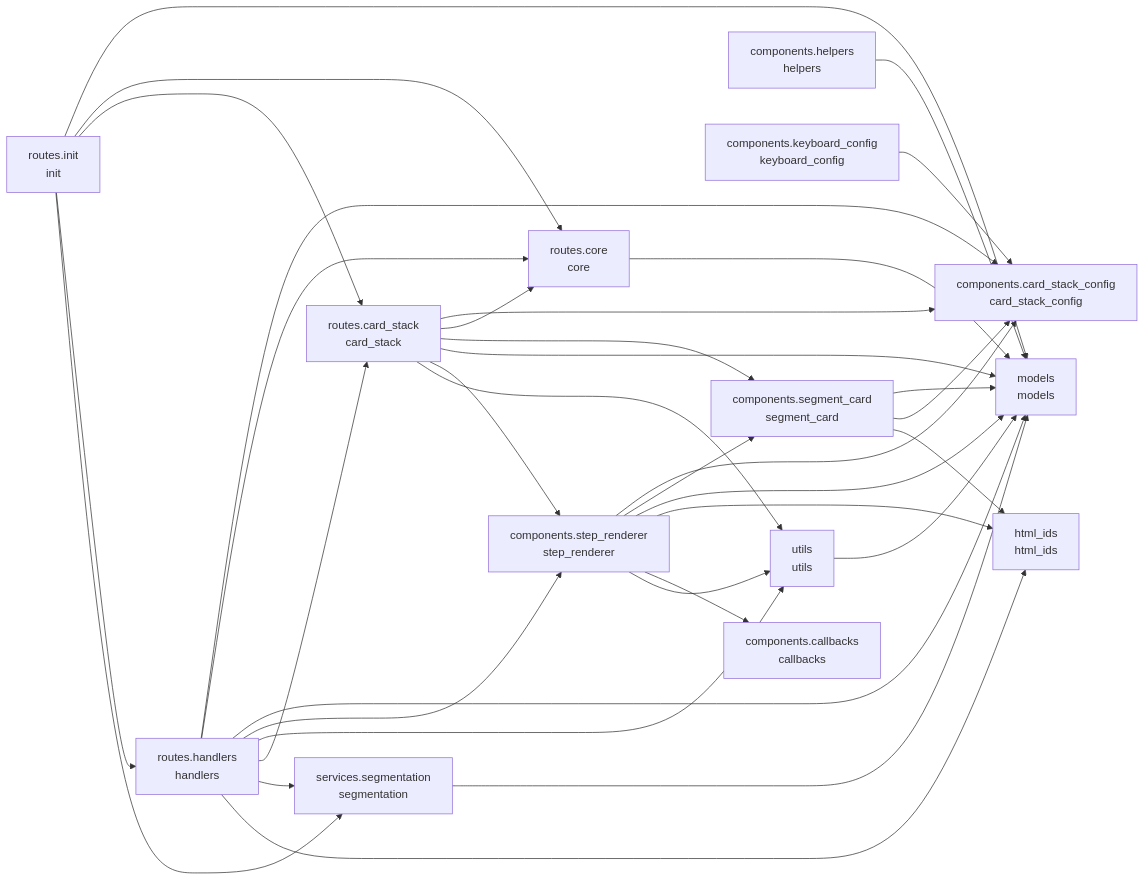
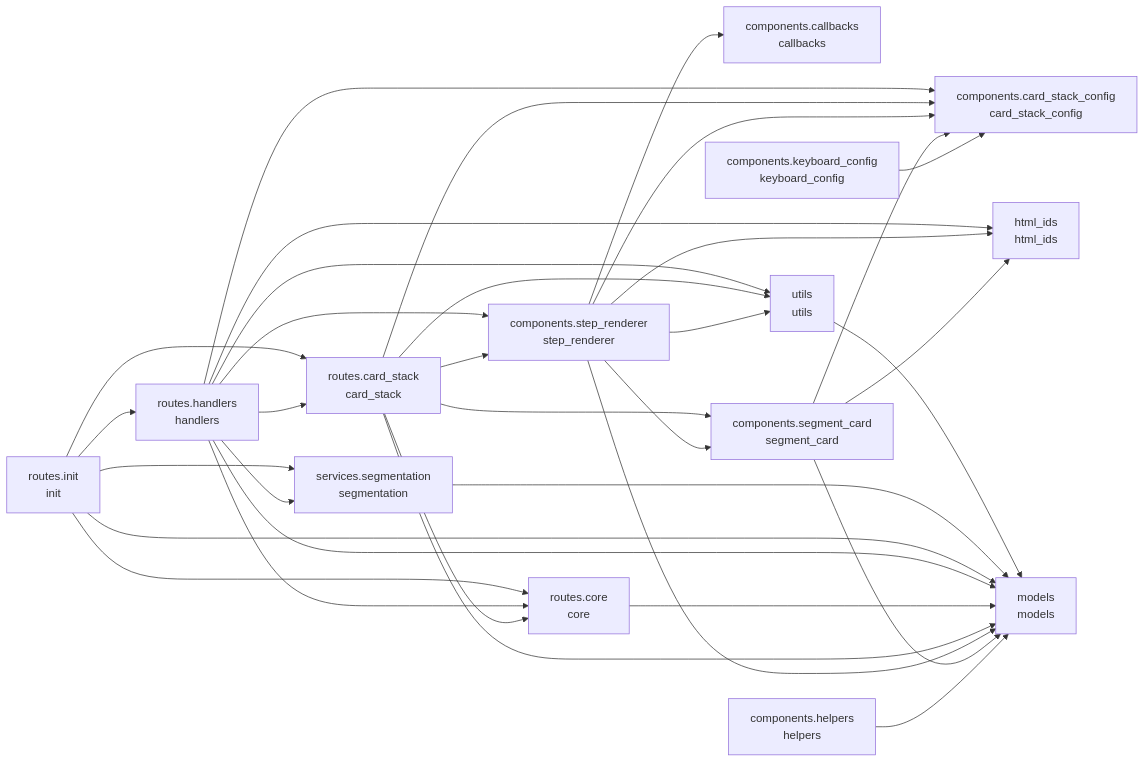
One commit to cj-mills/cjm-transcript-segmentation changed the diagram in README.md. Above: the diagram before and after it, drawn with Mermaid. The commit also changed other lines of this file and 6 other files, not shown here.

````diff
--- a/README.md
+++ b/README.md
@@ -37,51 +37,51 @@
 ``` mermaid
 graph LR
     components_callbacks[components.callbacks<br/>callbacks]
     components_card_stack_config[components.card_stack_config<br/>card_stack_config]
     components_helpers[components.helpers<br/>helpers]
     components_keyboard_config[components.keyboard_config<br/>keyboard_config]
     components_segment_card[components.segment_card<br/>segment_card]
     components_step_renderer[components.step_renderer<br/>step_renderer]
     html_ids[html_ids<br/>html_ids]
     models[models<br/>models]
     routes_card_stack[routes.card_stack<br/>card_stack]
     routes_core[routes.core<br/>core]
     routes_handlers[routes.handlers<br/>handlers]
     routes_init[routes.init<br/>init]
     services_segmentation[services.segmentation<br/>segmentation]
     utils[utils<br/>utils]
 
     components_helpers --> models
     components_keyboard_config --> components_card_stack_config
-    components_segment_card --> models
     components_segment_card --> components_card_stack_config
     components_segment_card --> html_ids
+    components_segment_card --> models
+    components_step_renderer --> components_segment_card
     components_step_renderer --> components_card_stack_config
-    components_step_renderer --> components_segment_card
+    components_step_renderer --> html_ids
+    components_step_renderer --> utils
+    components_step_renderer --> components_callbacks
     components_step_renderer --> models
-    components_step_renderer --> html_ids
-    components_step_renderer --> components_callbacks
-    components_step_renderer --> utils
+    routes_card_stack --> components_segment_card
+    routes_card_stack --> components_step_renderer
+    routes_card_stack --> routes_core
     routes_card_stack --> components_card_stack_config
-    routes_card_stack --> routes_core
-    routes_card_stack --> components_segment_card
+    routes_card_stack --> utils
     routes_card_stack --> models
-    routes_card_stack --> components_step_renderer
-    routes_card_stack --> utils
     routes_core --> models
+    routes_handlers --> routes_card_stack
+    routes_handlers --> components_step_renderer
+    routes_handlers --> services_segmentation
+    routes_handlers --> routes_core
+    routes_handlers --> html_ids
+    routes_handlers --> utils
     routes_handlers --> components_card_stack_config
-    routes_handlers --> routes_core
     routes_handlers --> models
-    routes_handlers --> components_step_renderer
-    routes_handlers --> utils
-    routes_handlers --> routes_card_stack
-    routes_handlers --> services_segmentation
-    routes_handlers --> html_ids
-    routes_init --> models
     routes_init --> routes_core
     routes_init --> routes_card_stack
     routes_init --> routes_handlers
     routes_init --> services_segmentation
+    routes_init --> models
     services_segmentation --> models
     utils --> models
 ```
````
